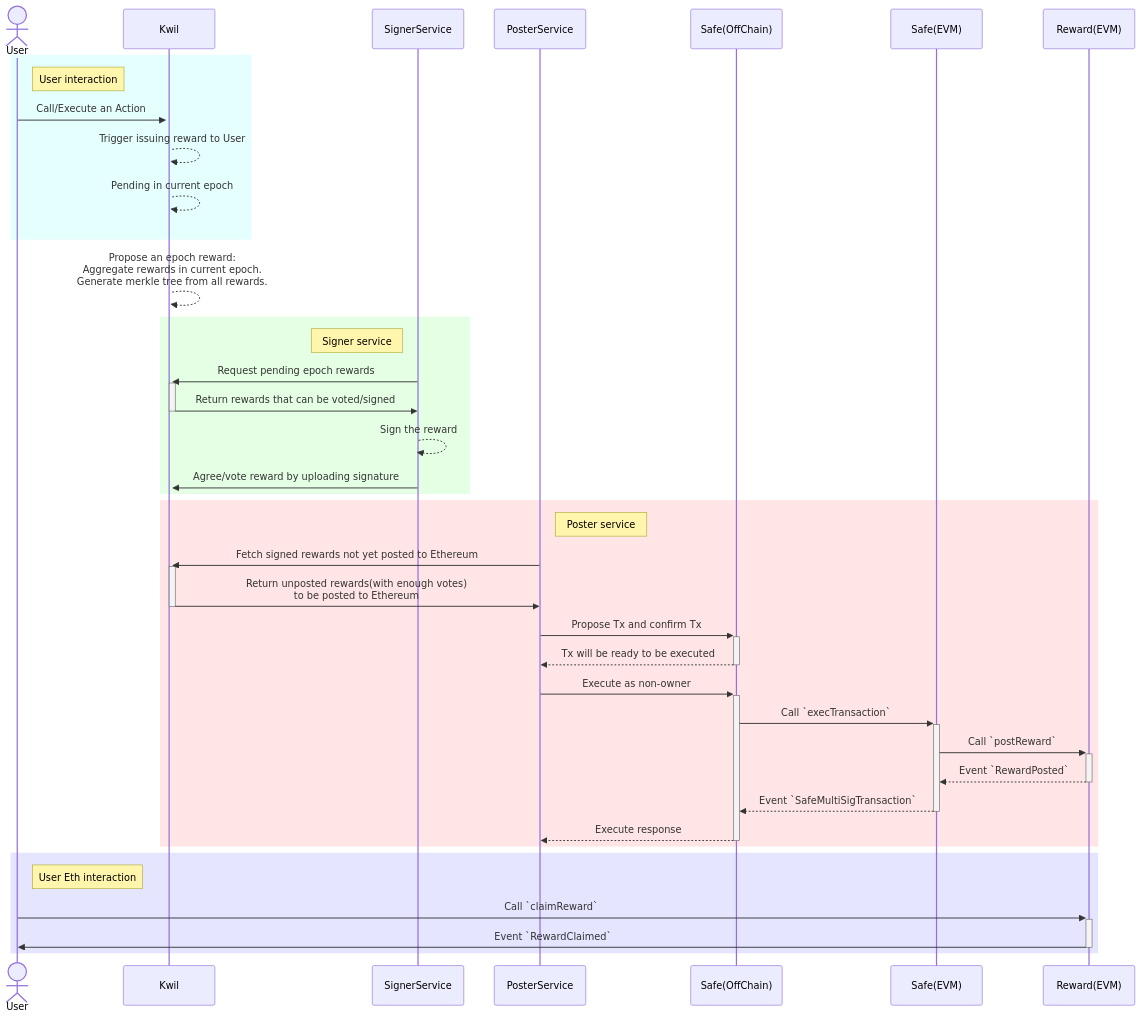
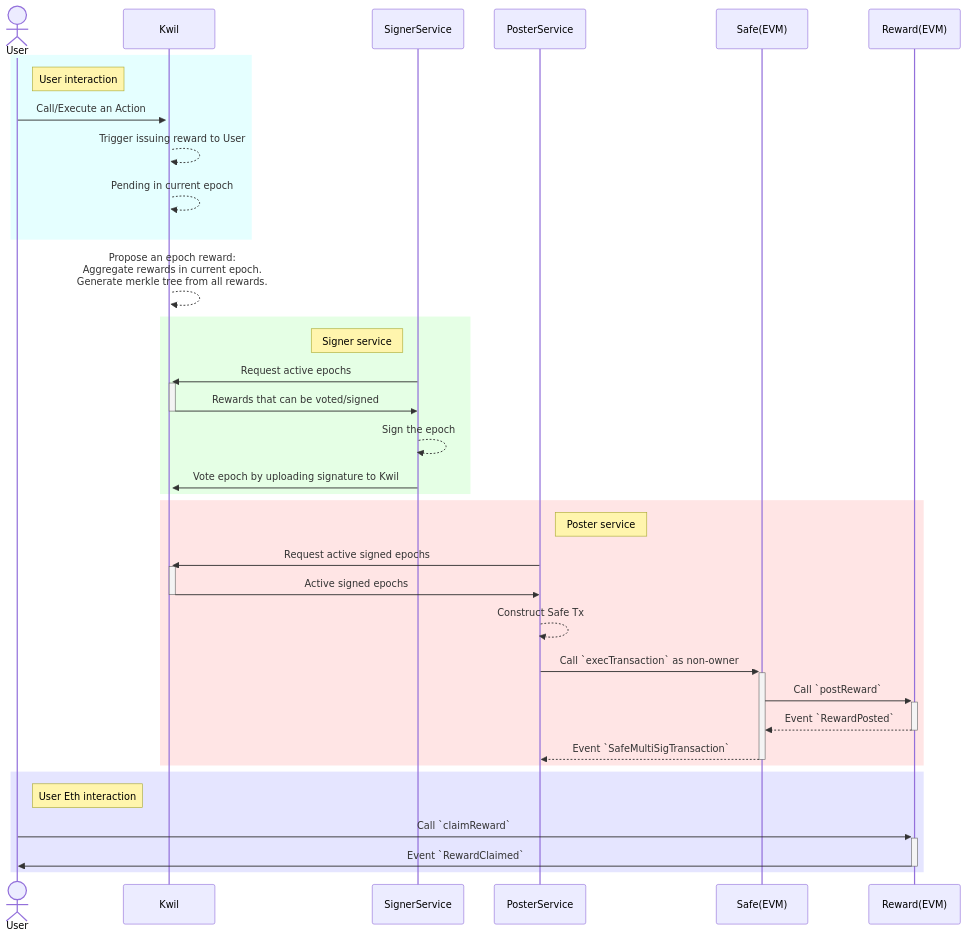
One commit to trufnetwork/rewards_contracts changed the diagram in docs/README.md. Above: the diagram before and after it, drawn with Mermaid.

Commit message:
docs: remove Safe off-chain service

````diff
--- a/docs/README.md
+++ b/docs/README.md
@@ -4,48 +4,43 @@
 ```mermaid
 sequenceDiagram
     Actor u as User
     participant k as Kwil
     participant s as SignerService
     participant p as PosterService
-    participant g as Safe(OffChain)
     participant sf as Safe(EVM)
     participant r as Reward(EVM)
 
     rect rgba(0, 255, 255, .1)
     Note right of u: User interaction
     u ->>+ k: Call/Execute an Action
     k -->> k: Trigger issuing reward to User
     k -->> k: Pending in current epoch
     end
 
     k -->> k: Propose an epoch reward: <br> Aggregate rewards in current epoch. <br> Generate merkle tree from all rewards.
 
     rect rgba(0,255,0,.1)
     Note left of s: Signer service
-    s ->>+ k: Request pending epoch rewards
-    k ->>- s: Return rewards that can be voted/signed
-    s -->> s: Sign the reward
-    s ->> k: Agree/vote reward by uploading signature
+    s ->>+ k: Request active epochs
+    k ->>- s: Rewards that can be voted/signed
+    s -->> s: Sign the epoch
+    s ->> k: Vote epoch by uploading signature to Kwil
     end
 
     rect rgba(255,0,0,.1)
     Note right of p: Poster service
-    p ->>+ k: Fetch signed rewards not yet posted to Ethereum
-    k ->>- p: Return unposted rewards(with enough votes) <br>to be posted to Ethereum
-    p ->>+ g: Propose Tx and confirm Tx
-    g -->>- p: Tx will be ready to be executed
-
-    p ->>+ g: Execute as non-owner
-    g ->>+ sf: Call `execTransaction`
+    p ->>+ k: Request active signed epochs
+    k ->>- p: Active signed epochs
+    p -->> p: Construct Safe Tx
+    p ->>+ sf: Call `execTransaction` as non-owner
     sf ->>+ r: Call `postReward`
     r -->>- sf: Event `RewardPosted`
-    sf -->>- g: Event `SafeMultiSigTransaction`
-    g -->>- p: Execute response
+    sf -->>- p: Event `SafeMultiSigTransaction`
     end
 
     rect rgba(0,0, 255, .1)
     Note right of u: User Eth interaction
     u ->>+ r: Call `claimReward`
     r ->>- u: Event `RewardClaimed`
     end
 ```
````
